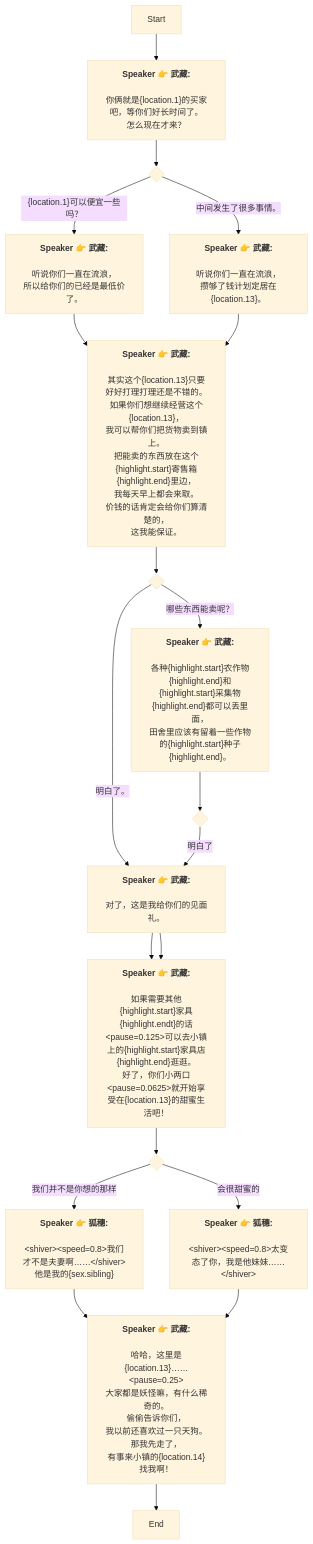
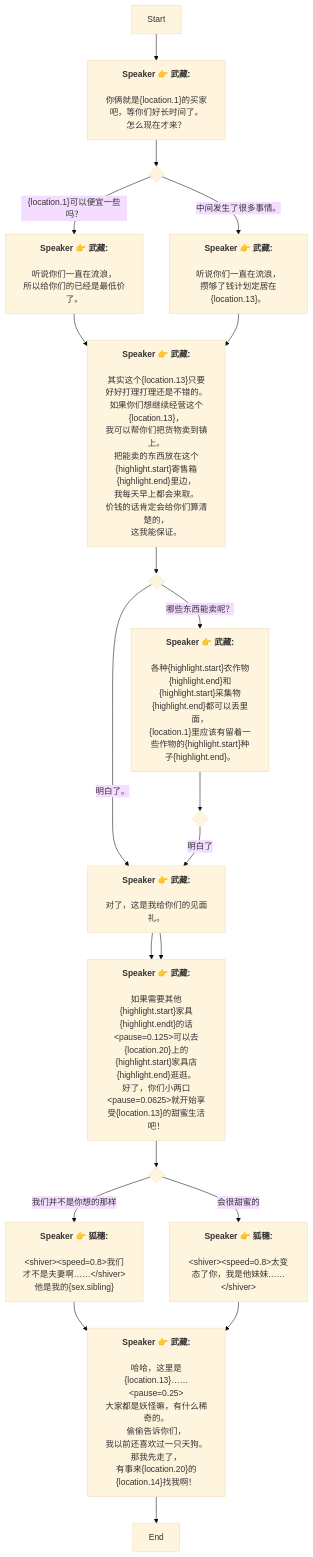
The diagram in Zh/QuestTalkObjectiveNode_1738369380329593.md (SoftHu/tos_avg), drawn with Mermaid (base theme) before and after one commit. The commit also changed 199 other files, not shown here.

````diff
--- a/Zh/QuestTalkObjectiveNode_1738369380329593.md
+++ b/Zh/QuestTalkObjectiveNode_1738369380329593.md
@@ -1,80 +1,80 @@
 ```mermaid
 graph
 Start -->1738369447807100[<b>Speaker 👉 武藏:</b>
 
 你俩就是&lbrace;location.1&rbrace;的买家吧，等你们好长时间了。
 怎么现在才来？]
 1738369447807100 -->1738369487068285{ }
 1738369487068285 -->|&lbrace;location.1&rbrace;可以便宜一些吗？|1738369514544259[<b>Speaker 👉 武藏:</b>
 
 听说你们一直在流浪，
 所以给你们的已经是最低价了。]
 1738369487068285 -->|中间发生了很多事情。|1738369637289097[<b>Speaker 👉 武藏:</b>
 
 听说你们一直在流浪，
 攒够了钱计划定居在&lbrace;location.13&rbrace;。]
 1738369514544259 -->1742696668586266[<b>Speaker 👉 武藏:</b>
 
 其实这个&lbrace;location.13&rbrace;只要好好打理打理还是不错的。
 如果你们想继续经营这个&lbrace;location.13&rbrace;，
 我可以帮你们把货物卖到镇上。
 把能卖的东西放在这个&lbrace;highlight.start&rbrace;寄售箱&lbrace;highlight.end&rbrace;里边，
 我每天早上都会来取。
 价钱的话肯定会给你们算清楚的，
 这我能保证。]
 1742696668586266 -->1738369604865156{ }
 1738369604865156 -->|哪些东西能卖呢？|1738369892088971[<b>Speaker 👉 武藏:</b>
 
 各种&lbrace;highlight.start&rbrace;农作物&lbrace;highlight.end&rbrace;和&lbrace;highlight.start&rbrace;采集物&lbrace;highlight.end&rbrace;都可以丢里面，
-田舍里应该有留着一些作物的&lbrace;highlight.start&rbrace;种子&lbrace;highlight.end&rbrace;。]
+&lbrace;location.1&rbrace;里应该有留着一些作物的&lbrace;highlight.start&rbrace;种子&lbrace;highlight.end&rbrace;。]
 1738369604865156 -->|明白了。|1741542909956340[<b>Speaker 👉 武藏:</b>
 
 对了，这是我给你们的见面礼。]
 1738369892088971 -->1738369962747020{ }
 1738369962747020 -->|明白了|1741542909956340[<b>Speaker 👉 武藏:</b>
 
 对了，这是我给你们的见面礼。]
 1741542909956340 -->1738369888274570[<b>Speaker 👉 武藏:</b>
 
-如果需要其他&lbrace;highlight.start&rbrace;家具&lbrace;highlight.endt&rbrace;的话&lt;pause=0.125&gt;可以去小镇上的&lbrace;highlight.start&rbrace;家具店&lbrace;highlight.end&rbrace;逛逛。
-好了，你们小两口&lt;pause=0.0625&gt;就开始享受在&lbrace;location.13&rbrace;的甜蜜生活吧！]
+如果需要其他&lbrace;highlight.start&rbrace;家具&lbrace;highlight.endt&rbrace;的话&lt;pause=0.125&gt;可以去&lbrace;location.20&rbrace;上的&lbrace;highlight.start&rbrace;家具店&lbrace;highlight.end&rbrace;逛逛。
+好了，你们小两口&lt;pause=0.0625&gt;就开始享受&lbrace;location.13&rbrace;的甜蜜生活吧！]
 1741542909956340 -->1738369888274570[<b>Speaker 👉 武藏:</b>
 
-如果需要其他&lbrace;highlight.start&rbrace;家具&lbrace;highlight.endt&rbrace;的话&lt;pause=0.125&gt;可以去小镇上的&lbrace;highlight.start&rbrace;家具店&lbrace;highlight.end&rbrace;逛逛。
-好了，你们小两口&lt;pause=0.0625&gt;就开始享受在&lbrace;location.13&rbrace;的甜蜜生活吧！]
+如果需要其他&lbrace;highlight.start&rbrace;家具&lbrace;highlight.endt&rbrace;的话&lt;pause=0.125&gt;可以去&lbrace;location.20&rbrace;上的&lbrace;highlight.start&rbrace;家具店&lbrace;highlight.end&rbrace;逛逛。
+好了，你们小两口&lt;pause=0.0625&gt;就开始享受&lbrace;location.13&rbrace;的甜蜜生活吧！]
 1738369888274570 -->1738369982437519{ }
 1738369982437519 -->|我们并不是你想的那样|1738388857535646[<b>Speaker 👉 狐穗:</b>
 
 &lt;shiver&gt;&lt;speed=0.8&gt;我们才不是夫妻啊……&lt;/shiver&gt;
 他是我的&lbrace;sex.sibling&rbrace;]
 1738369982437519 -->|会很甜蜜的|1738388885747871[<b>Speaker 👉 狐穗:</b>
 
 &lt;shiver&gt;&lt;speed=0.8&gt;太变态了你，我是他妹妹……&lt;/shiver&gt;]
 1738388857535646 -->1738370006176916[<b>Speaker 👉 武藏:</b>
 
 哈哈，这里是&lbrace;location.13&rbrace;……&lt;pause=0.25&gt;
 大家都是妖怪嘛，有什么稀奇的。
 偷偷告诉你们，
 我以前还喜欢过一只天狗。
 那我先走了，
-有事来小镇的&lbrace;location.14&rbrace;找我啊！]
+有事来&lbrace;location.20&rbrace;的&lbrace;location.14&rbrace;找我啊！]
 1738370006176916 -->1738370113018005[End]
 1738388885747871 -->1738370006176916[<b>Speaker 👉 武藏:</b>
 
 哈哈，这里是&lbrace;location.13&rbrace;……&lt;pause=0.25&gt;
 大家都是妖怪嘛，有什么稀奇的。
 偷偷告诉你们，
 我以前还喜欢过一只天狗。
 那我先走了，
-有事来小镇的&lbrace;location.14&rbrace;找我啊！]
+有事来&lbrace;location.20&rbrace;的&lbrace;location.14&rbrace;找我啊！]
 1738369637289097 -->1742696668586266[<b>Speaker 👉 武藏:</b>
 
 其实这个&lbrace;location.13&rbrace;只要好好打理打理还是不错的。
 如果你们想继续经营这个&lbrace;location.13&rbrace;，
 我可以帮你们把货物卖到镇上。
 把能卖的东西放在这个&lbrace;highlight.start&rbrace;寄售箱&lbrace;highlight.end&rbrace;里边，
 我每天早上都会来取。
 价钱的话肯定会给你们算清楚的，
 这我能保证。]
 
  ```
````
